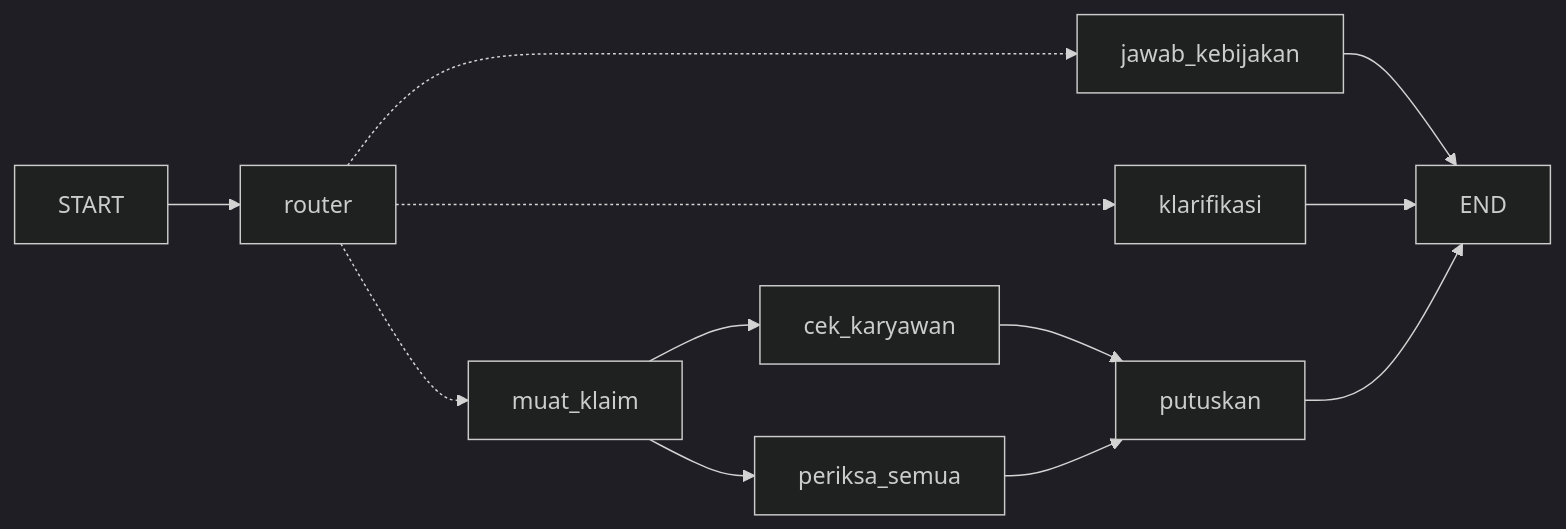
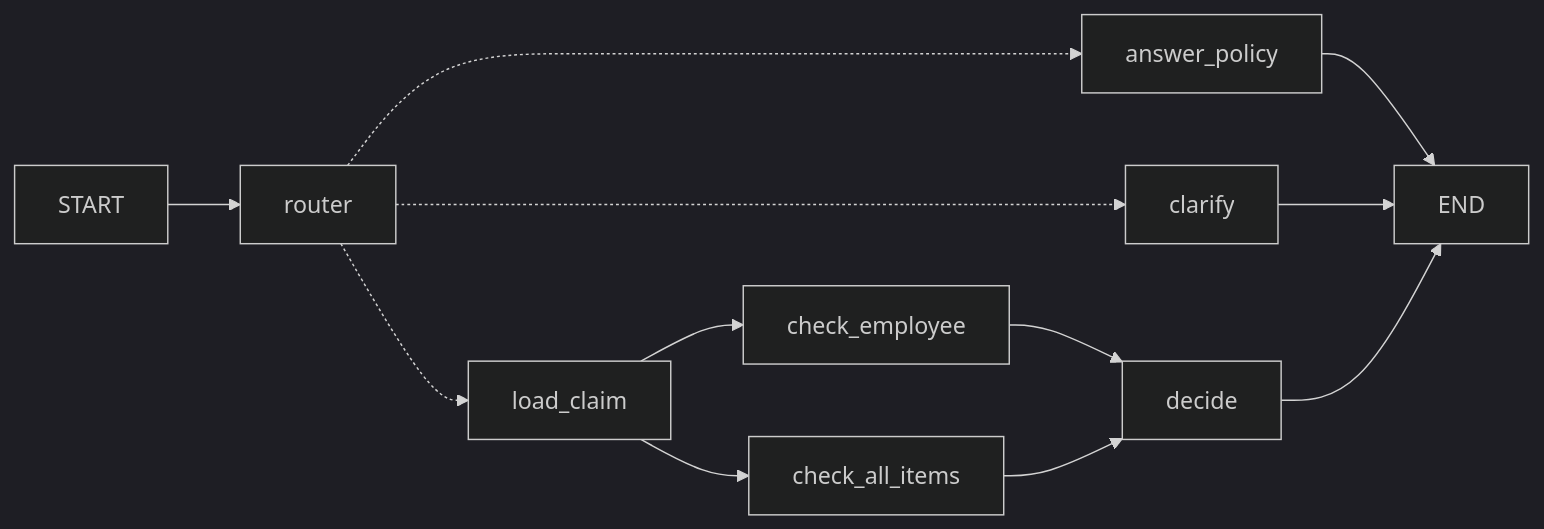
One commit to bilalbayasut/langgraph-klaim-lab changed the eighth of 13 diagrams in LAB.md. Above: the diagram before and after it, drawn with Mermaid (dark theme). The commit also changed other lines of this file and 78 other files, not shown here.

````diff
--- a/LAB.md
+++ b/LAB.md
@@ -2947,10 +2957,10 @@
 ```mermaid
 flowchart LR
   START --> router
-  router -.-> muat_klaim
-  router -.-> jawab_kebijakan --> END
-  router -.-> klarifikasi --> END
-  muat_klaim --> cek_karyawan --> putuskan
-  muat_klaim --> periksa_semua --> putuskan
-  putuskan --> END
+  router -.-> load_claim
+  router -.-> answer_policy --> END
+  router -.-> clarify --> END
+  load_claim --> check_employee --> decide
+  load_claim --> check_all_items --> decide
+  decide --> END
 ```
````
